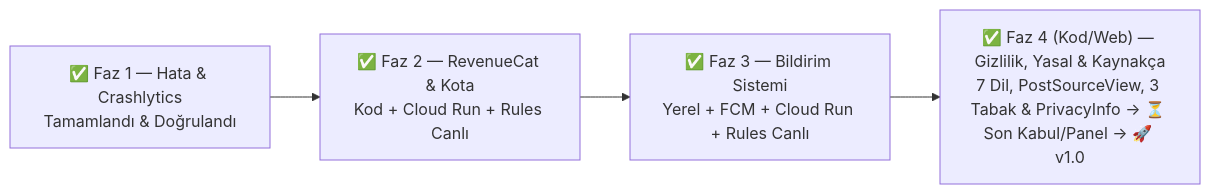
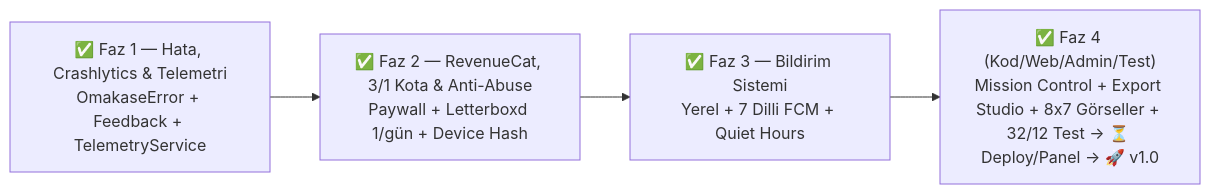
Before and after one commit to kuzeysinay/omakase: the diagram in docs/proje_durum_ve_mimari_raporu.md, drawn with Mermaid. The commit also changed other lines of this file and 6 other files, not shown here.

````diff
--- a/docs/proje_durum_ve_mimari_raporu.md
+++ b/docs/proje_durum_ve_mimari_raporu.md
@@ -188,6 +131,6 @@
 ```mermaid
 flowchart LR
-    F1["✅ Faz 1 — Hata & Crashlytics<br/>Tamamlandı & Doğrulandı"] --> F2["✅ Faz 2 — RevenueCat & Kota<br/>Kod + Cloud Run + Rules Canlı"]
-    F2 --> F3["✅ Faz 3 — Bildirim Sistemi<br/>Yerel + FCM + Cloud Run + Rules Canlı"]
-    F3 --> F4["✅ Faz 4 (Kod/Web) — Gizlilik, Yasal & Kaynakça<br/>7 Dil, PostSourceView, 3 Tabak & PrivacyInfo → ⏳ Son Kabul/Panel → 🚀 v1.0"]
+    F1["✅ Faz 1 — Hata, Crashlytics & Telemetri<br/>OmakaseError + Feedback + TelemetryService"] --> F2["✅ Faz 2 — RevenueCat, 3/1 Kota & Anti-Abuse<br/>Paywall + Letterboxd 1/gün + Device Hash"]
+    F2 --> F3["✅ Faz 3 — Bildirim Sistemi<br/>Yerel + 7 Dilli FCM + Quiet Hours"]
+    F3 --> F4["✅ Faz 4 (Kod/Web/Admin/Test)<br/>Mission Control + Export Studio + 8x7 Görseller + 32/12 Test → ⏳ Deploy/Panel → 🚀 v1.0"]
 ```
````
